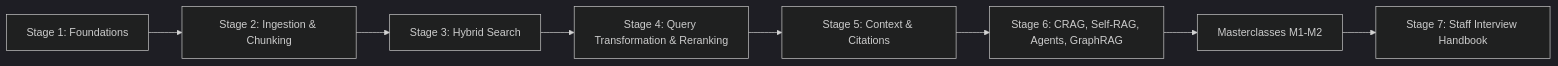
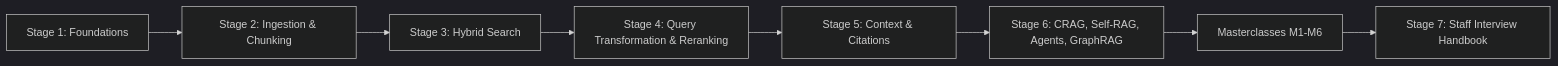
One commit to TheLearningHubOrg/learn-rag changed the first of 51 diagrams in README.md. Above: the diagram before and after it, drawn with Mermaid (dark theme). The commit also changed other lines of this file and 6 other files, not shown here.

````diff
--- a/README.md
+++ b/README.md
@@ -31,10 +31,10 @@
 ```mermaid
 flowchart LR
     S1["Stage 1: Foundations"] --> S2["Stage 2: Ingestion & Chunking"]
     S2 --> S3["Stage 3: Hybrid Search"]
     S3 --> S4["Stage 4: Query Transformation & Reranking"]
     S4 --> S5["Stage 5: Context & Citations"]
     S5 --> S6["Stage 6: CRAG, Self-RAG, Agents, GraphRAG"]
-    S6 --> M["Masterclasses M1-M2"]
+    S6 --> M["Masterclasses M1-M6"]
     M --> S7["Stage 7: Staff Interview Handbook"]
 ```
````
